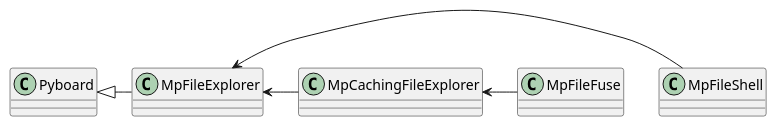
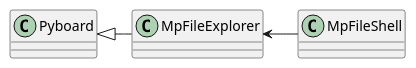
Before and after one commit to wendlers/mpfshell: the diagram in doc/uml/mpfshell.puml, drawn with PlantUML. The commit also changed 5 other files, not shown here.

```diff
--- a/doc/uml/mpfshell.puml
+++ b/doc/uml/mpfshell.puml
@@ -1,14 +1,10 @@
 @startuml
 
 class Pyboard
 class MpFileExplorer
-class MpCachingFileExplorer
 class MpFileShell
-class MpFileFuse
 
 Pyboard <|- MpFileExplorer
 MpFileExplorer <- MpFileShell
-MpFileExplorer <- MpCachingFileExplorer
-MpCachingFileExplorer <- MpFileFuse
 
 @enduml
```
